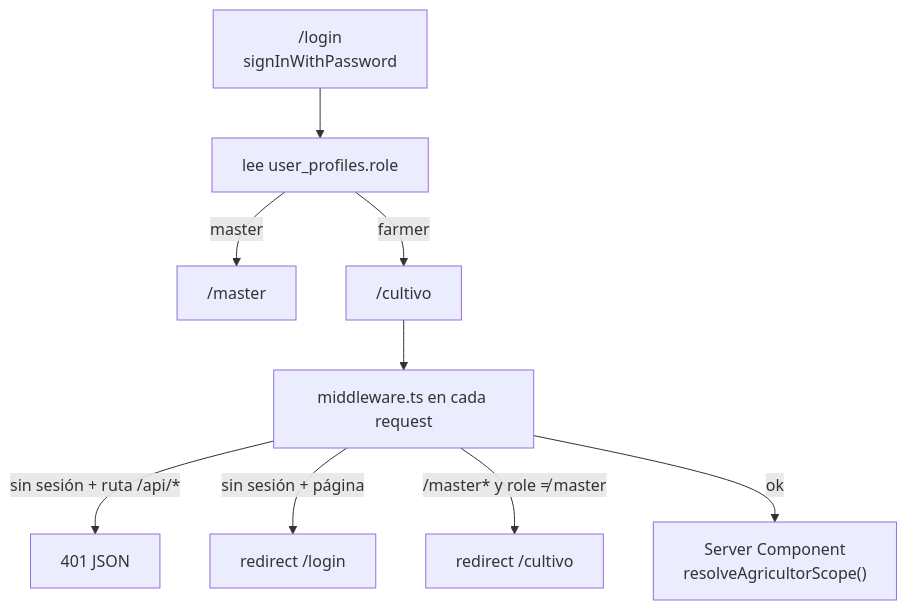
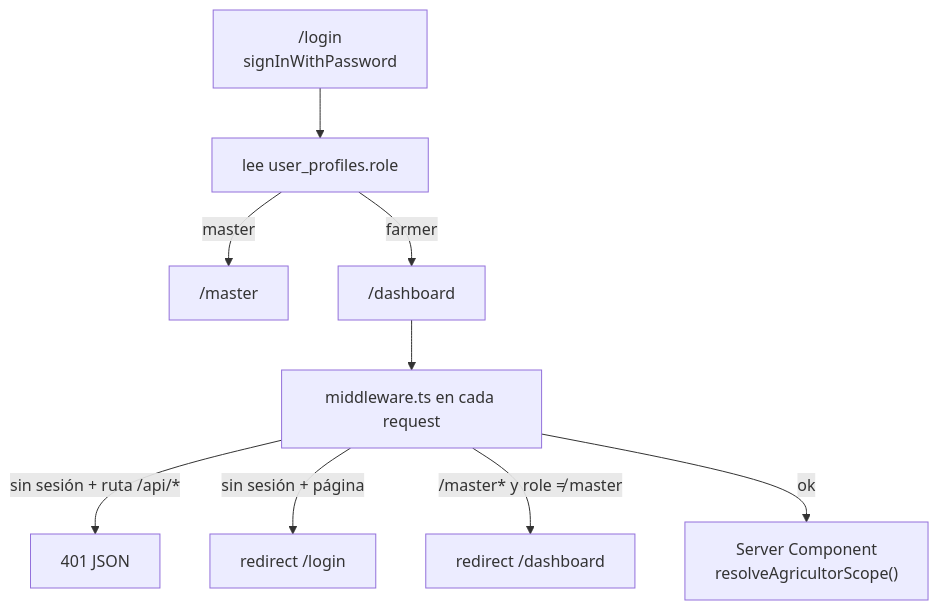
Before and after one commit to ACifuentesH/hub-agricultores: the second of 2 diagrams in README.md, drawn with Mermaid. The commit also changed other lines of this file and 13 other files, not shown here.

````diff
--- a/README.md
+++ b/README.md
@@ -431,11 +434,11 @@
 ```mermaid
 flowchart TD
     L["/login<br/>signInWithPassword"] --> P["lee user_profiles.role"]
     P -->|master| M["/master"]
-    P -->|farmer| D["/cultivo"]
+    P -->|farmer| D["/dashboard"]
     D --> MW["middleware.ts en cada request"]
     MW -->|"sin sesión + ruta /api/*"| J["401 JSON"]
     MW -->|"sin sesión + página"| RL["redirect /login"]
-    MW -->|"/master* y role ≠ master"| RD["redirect /cultivo"]
+    MW -->|"/master* y role ≠ master"| RD["redirect /dashboard"]
     MW -->|ok| RSC["Server Component<br/>resolveAgricultorScope()"]
 ```
````
